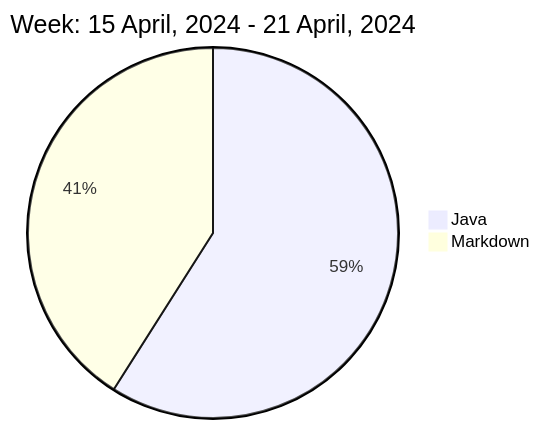
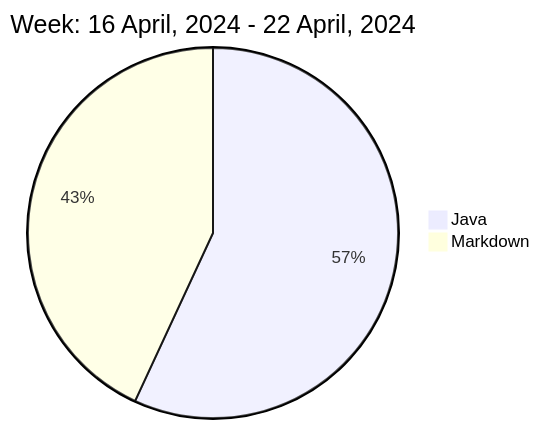
Before and after one commit to liubin95/liubin95: the diagram in README.md, drawn with Mermaid.

Commit message:
Updated the Graph with new Metrics

````diff
--- a/README.md
+++ b/README.md
@@ -37,6 +37,6 @@
 ```mermaid
  pie
-title Week: 15 April, 2024 - 21 April, 2024
- "Java" : 2.95
- "Markdown" : 2.05
+title Week: 16 April, 2024 - 22 April, 2024
+ "Java" : 3.17
+ "Markdown" : 2.4
 ```
````
